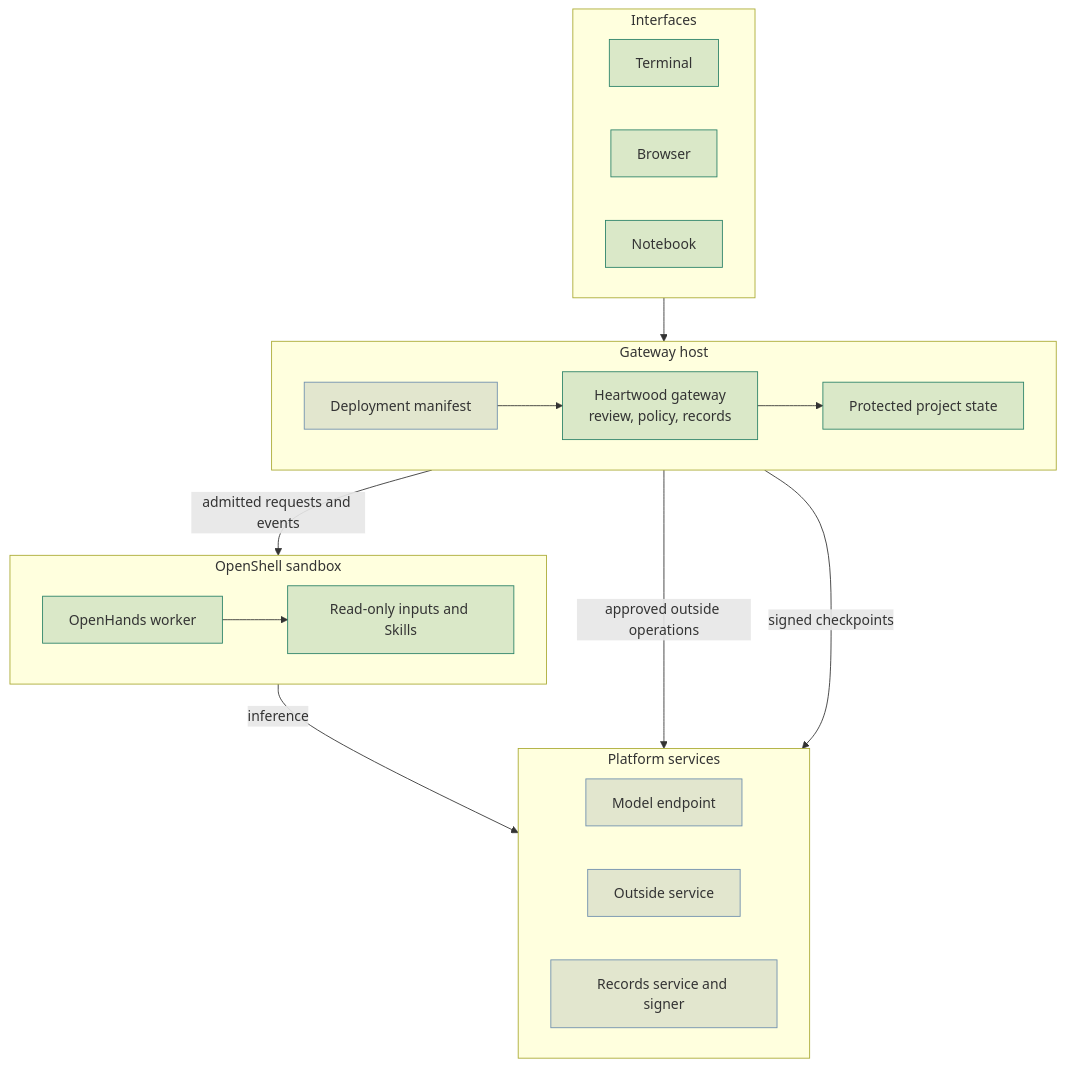
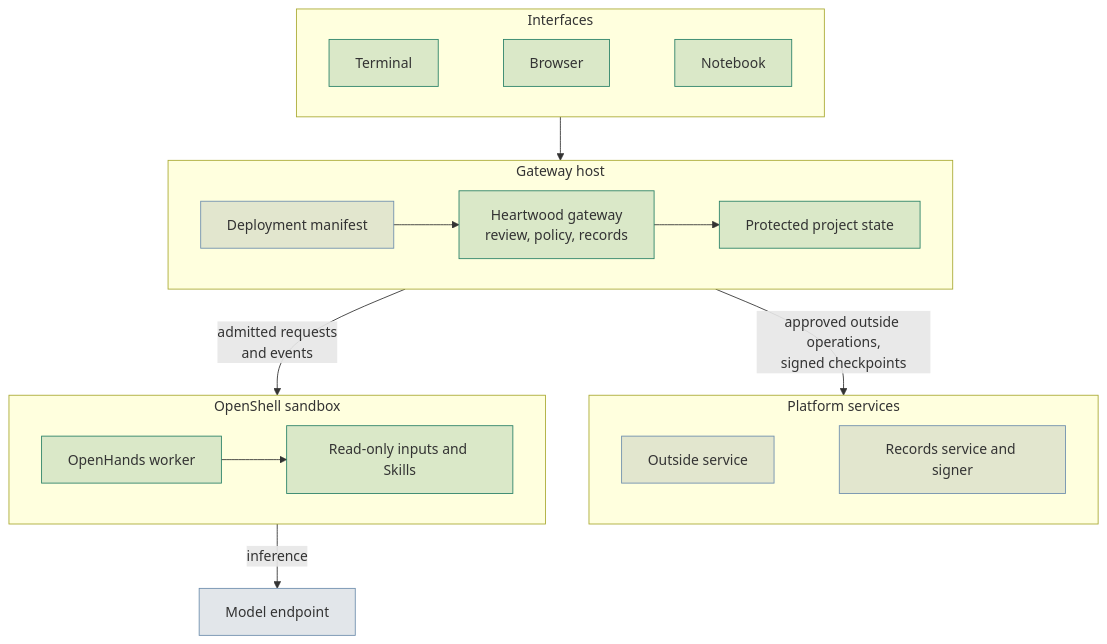
Before and after one commit to SchmiedmayerLab/heartwood: the diagram in README.md, drawn with Mermaid.

Commit message:
Lay Out the Operator Deployment Diagram in Rows (#333)
The README Operator Deployment diagram reads top to bottom in three rows: interfaces, gateway host, and the sandbox beside the platform services.

````diff
--- a/README.md
+++ b/README.md
@@ -66,38 +66,28 @@
 ```mermaid
 flowchart TB
     subgraph Interfaces
         direction LR
-        CLI["Terminal"]
-        Web["Browser"]
-        Notebook["Notebook"]
+        CLI["Terminal"] ~~~ Web["Browser"] ~~~ Notebook["Notebook"]
     end
     subgraph Host["Gateway host"]
         direction LR
-        Manifest["Deployment manifest"]
-        Gateway["Heartwood gateway<br/>review, policy, records"]
-        State["Protected project state"]
+        Manifest["Deployment manifest"] --> Gateway["Heartwood gateway<br/>review, policy, records"] --> State["Protected project state"]
+    end
+    subgraph Services["Platform services"]
+        direction LR
+        Service["Outside service"] ~~~ Records["Records service and signer"]
     end
     subgraph Sandbox["OpenShell sandbox"]
         direction LR
-        Worker["OpenHands worker"]
-        Inputs["Read-only inputs and Skills"]
+        Worker["OpenHands worker"] --> Inputs["Read-only inputs and Skills"]
     end
-    subgraph Platform["Platform services"]
-        direction LR
-        Model["Model endpoint"]
-        Service["Outside service"]
-        Records["Records service and signer"]
-    end
-    Interfaces --> Gateway
-    Manifest --> Gateway
-    Gateway --> State
-    Gateway -- "admitted requests and events" --> Worker
-    Worker --> Inputs
-    Worker -- "inference" --> Model
-    Gateway -- "approved outside operations" --> Service
-    Gateway -- "signed checkpoints" --> Records
+    Model["Model endpoint"]
+    Interfaces --> Host
+    Host -- "approved outside operations,<br/>signed checkpoints" --> Services
+    Host -- "admitted requests<br/>and events" --> Sandbox
+    Sandbox -- "inference" --> Model
     classDef heartwood fill:#0b694d26,stroke:#2b8268
     classDef platform fill:#3f5b7426,stroke:#6f8fae
     class CLI,Web,Notebook,Gateway,State,Worker,Inputs heartwood
     class Manifest,Model,Service,Records platform
 ```
````
